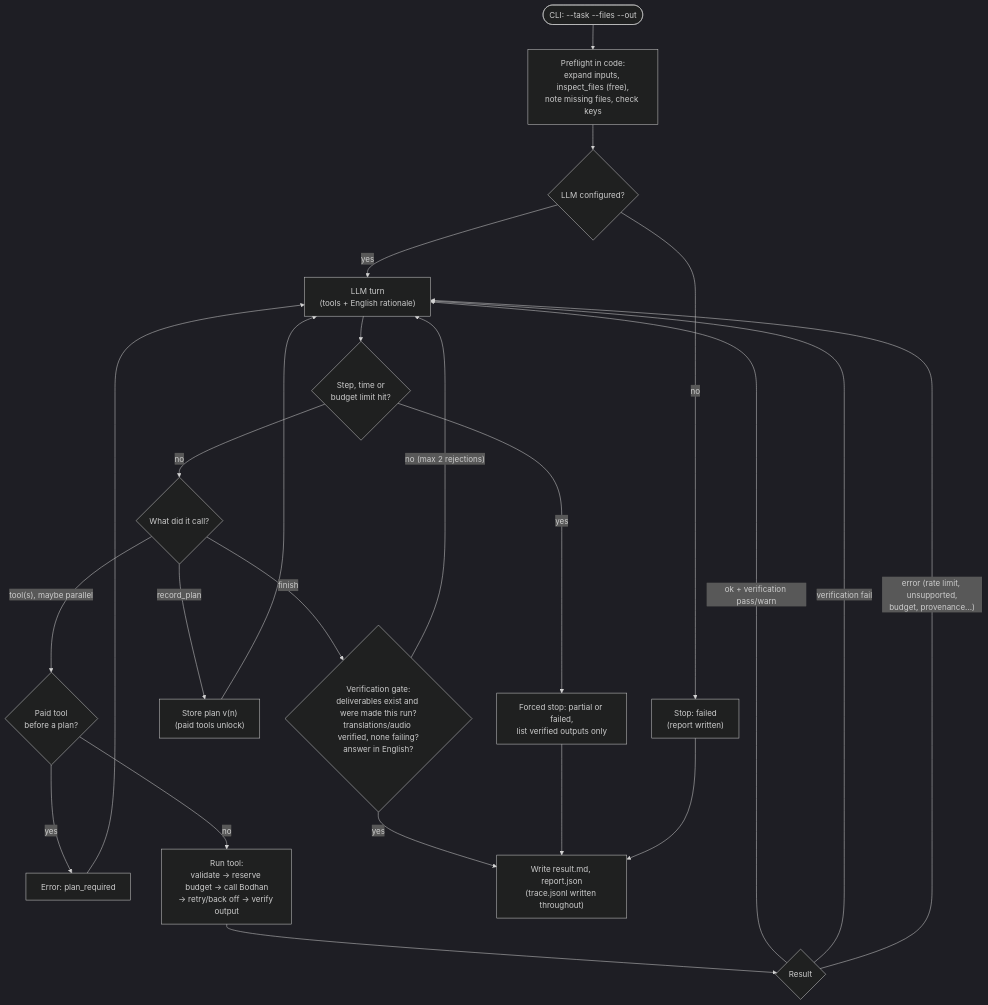
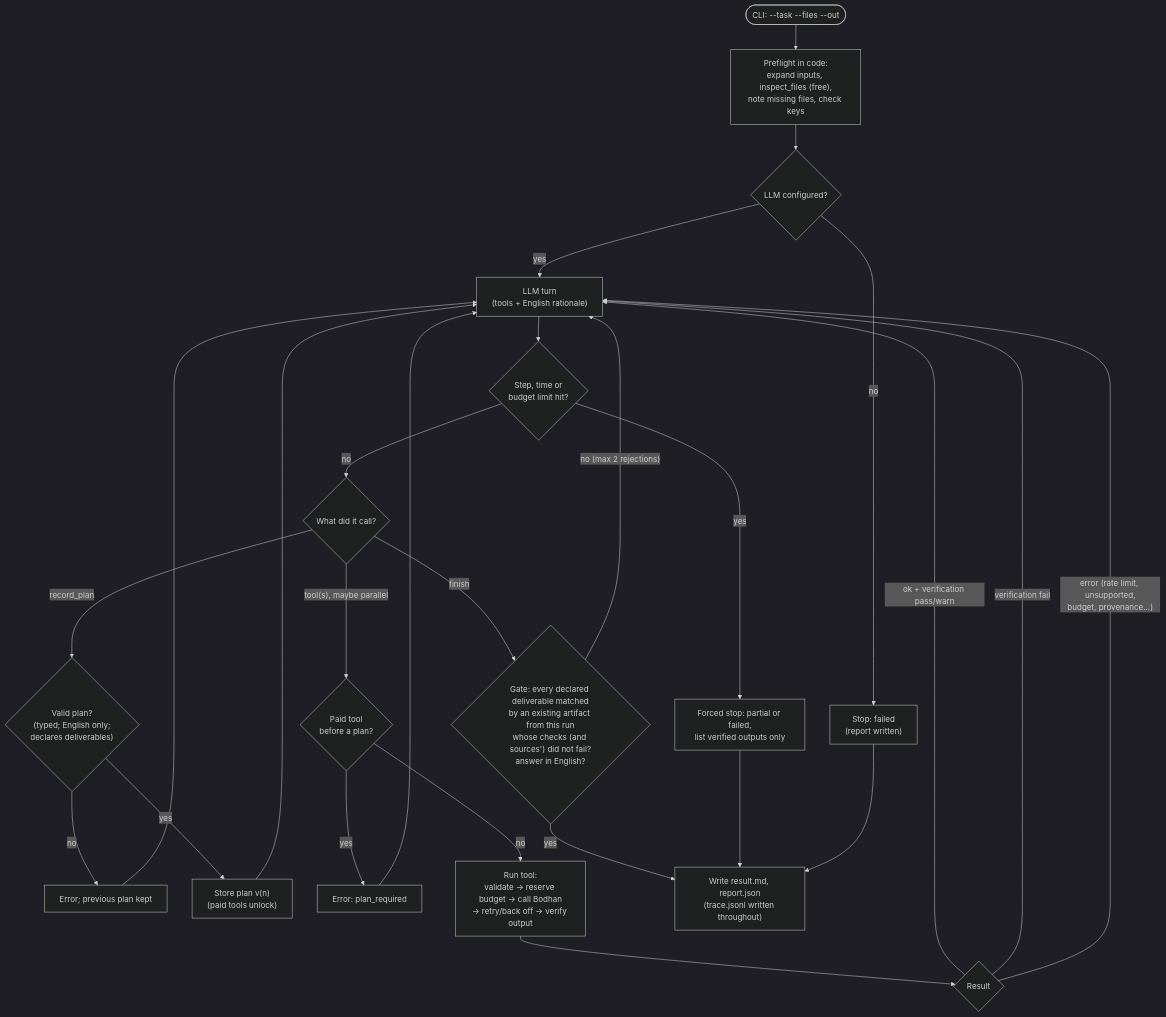
The second of 2 diagrams in examples/indic_task_agent/docs/design.md (Bodhan-AI/Bodhan-AI-Cookbook), drawn with Mermaid (dark theme) before and after one commit. The commit also changed other lines of this file and 2 other files, not shown here.

````diff
--- a/examples/indic_task_agent/docs/design.md
+++ b/examples/indic_task_agent/docs/design.md
@@ -43,23 +47,25 @@
 ```mermaid
 flowchart TD
     start([CLI: --task --files --out]) --> pre["Preflight in code:<br/>expand inputs, inspect_files (free),<br/>note missing files, check keys"]
     pre --> cfg{LLM configured?}
     cfg -- no --> stopfail["Stop: failed<br/>(report written)"]
     cfg -- yes --> llm["LLM turn<br/>(tools + English rationale)"]
     llm --> lim{"Step, time or<br/>budget limit hit?"}
     lim -- yes --> forced["Forced stop: partial or failed,<br/>list verified outputs only"]
     lim -- no --> kind{What did it call?}
-    kind -- record_plan --> plan["Store plan v(n)<br/>(paid tools unlock)"] --> llm
+    kind -- record_plan --> plan{"Valid plan?<br/>(typed; English only;<br/>declares deliverables)"}
+    plan -- no --> rejectp["Error; previous plan kept"] --> llm
+    plan -- yes --> planok["Store plan v(n)<br/>(paid tools unlock)"] --> llm
     kind -- "tool(s), maybe parallel" --> gate1{"Paid tool<br/>before a plan?"}
     gate1 -- yes --> reject1["Error: plan_required"] --> llm
     gate1 -- no --> act["Run tool:<br/>validate → reserve budget → call Bodhan<br/>→ retry/back off → verify output"]
     act --> res{Result}
     res -- "ok + verification pass/warn" --> llm
     res -- "verification fail" --> llm
     res -- "error (rate limit, unsupported,<br/>budget, provenance...)" --> llm
-    kind -- finish --> gate2{"Verification gate:<br/>deliverables exist and were made this run?<br/>translations/audio verified, none failing?<br/>answer in English?"}
+    kind -- finish --> gate2{"Gate: every declared deliverable matched<br/>by an existing artifact from this run<br/>whose checks (and sources') did not fail?<br/>answer in English?"}
     gate2 -- "no (max 2 rejections)" --> llm
     gate2 -- yes --> done["Write result.md, report.json<br/>(trace.jsonl written throughout)"]
     forced --> done
     stopfail --> done
 ```
````
